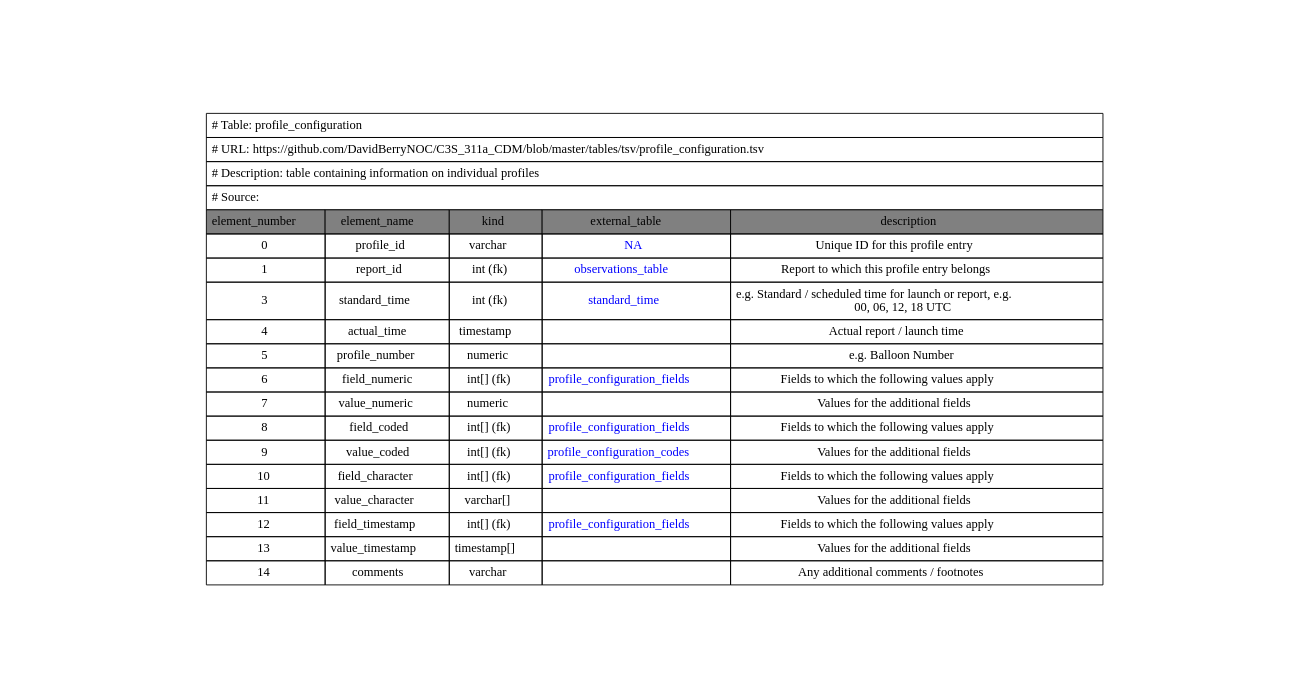
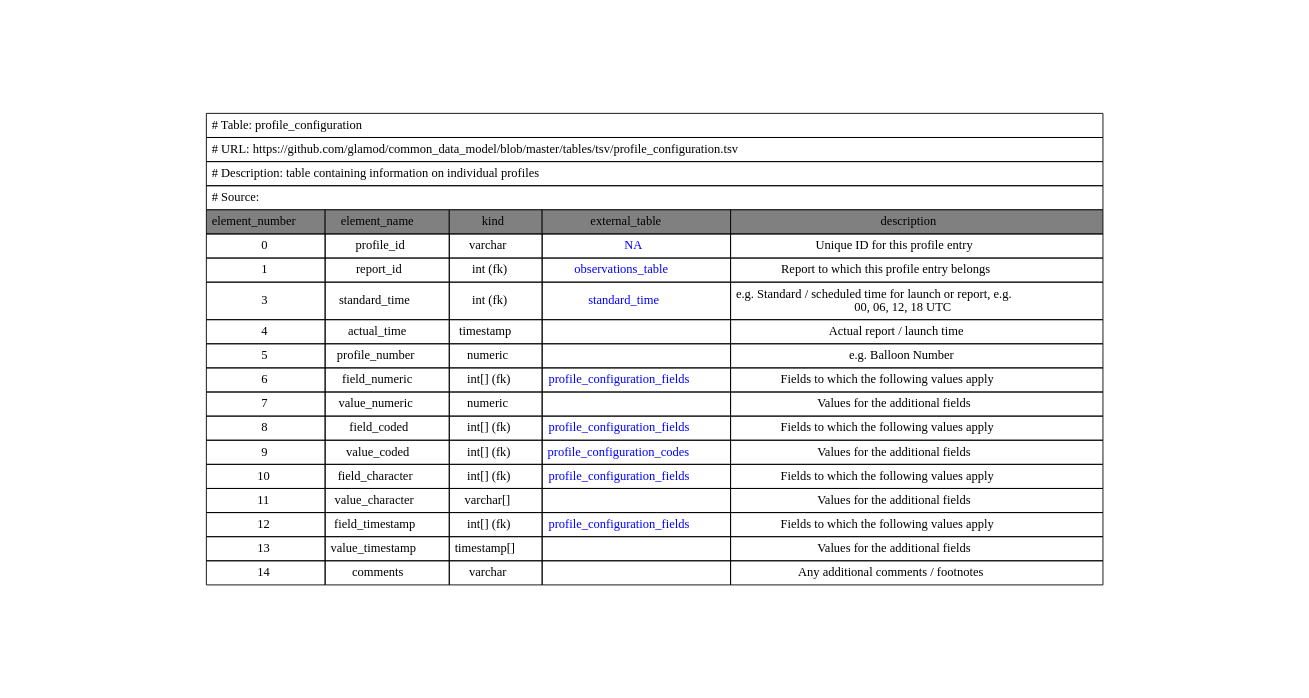
Before and after one commit to glamod/common_data_model: the diagram in graphviz/profile_configuration.gv, drawn with Graphviz. The commit also changed 11 other files, not shown here.

Commit message:
Paths updated to GLAMOD in cdm_short

```diff
--- a/graphviz/profile_configuration.gv
+++ b/graphviz/profile_configuration.gv
@@ -1,24 +1,24 @@
 digraph profile_configuration {
 node [color=white]
 profile_configuration [label=<<TABLE BORDER="0" CELLBORDER="1" CELLSPACING="0" CELLPADDING="5" COLOR="BLACK">
 <TR><TD COLSPAN="5" ALIGN="left" PORT="head"># Table: profile_configuration</TD></TR>
-<TR><TD COLSPAN="5" ALIGN="left"># URL: https://github.com/DavidBerryNOC/C3S_311a_CDM/blob/master/tables/tsv/profile_configuration.tsv</TD></TR>
+<TR><TD COLSPAN="5" ALIGN="left"># URL: https://github.com/glamod/common_data_model/blob/master/tables/tsv/profile_configuration.tsv</TD></TR>
 <TR><TD ALIGN="left" COLSPAN="5"># Description: table containing information on individual profiles</TD></TR>
 <TR><TD ALIGN="left" COLSPAN="5"># Source:</TD></TR>
 <TR><TD BGCOLOR="GRAY">element_number</TD><TD BGCOLOR="GRAY">element_name</TD><TD BGCOLOR="GRAY">kind</TD><TD BGCOLOR="GRAY">external_table</TD><TD BGCOLOR="GRAY">description</TD></TR>
-<TR><TD PORT="profile_idL">0</TD><TD>profile_id </TD><TD>varchar </TD><TD HREF="https://github.com/DavidBerryNOC/C3S_311a_CDM/blob/master/tables/tsv/NA.tsv"><FONT color="blue">NA </FONT></TD><TD PORT="profile_idR">Unique ID for this profile entry </TD></TR>
-<TR><TD PORT="report_idL">1</TD><TD>report_id </TD><TD>int (fk) </TD><TD HREF="https://github.com/DavidBerryNOC/C3S_311a_CDM/blob/master/tables/tsv/observations_table.tsv"><FONT color="blue">observations_table </FONT></TD><TD PORT="report_idR">Report to which this profile entry belongs </TD></TR>
-<TR><TD PORT="standard_timeL">3</TD><TD>standard_time </TD><TD>int (fk) </TD><TD HREF="https://github.com/DavidBerryNOC/C3S_311a_CDM/blob/master/tables/tsv/standard_time.tsv"><FONT color="blue">standard_time </FONT></TD><TD PORT="standard_timeR">e.g. Standard / scheduled time for launch or report, e.g. <BR/>00, 06, 12, 18 UTC </TD></TR>
+<TR><TD PORT="profile_idL">0</TD><TD>profile_id </TD><TD>varchar </TD><TD HREF="https://github.com/glamod/common_data_model/blob/master/tables/tsv/NA.tsv"><FONT color="blue">NA </FONT></TD><TD PORT="profile_idR">Unique ID for this profile entry </TD></TR>
+<TR><TD PORT="report_idL">1</TD><TD>report_id </TD><TD>int (fk) </TD><TD HREF="https://github.com/glamod/common_data_model/blob/master/tables/tsv/observations_table.tsv"><FONT color="blue">observations_table </FONT></TD><TD PORT="report_idR">Report to which this profile entry belongs </TD></TR>
+<TR><TD PORT="standard_timeL">3</TD><TD>standard_time </TD><TD>int (fk) </TD><TD HREF="https://github.com/glamod/common_data_model/blob/master/tables/tsv/standard_time.tsv"><FONT color="blue">standard_time </FONT></TD><TD PORT="standard_timeR">e.g. Standard / scheduled time for launch or report, e.g. <BR/>00, 06, 12, 18 UTC </TD></TR>
 <TR><TD PORT="actual_timeL">4</TD><TD>actual_time </TD><TD>timestamp </TD><TD></TD><TD PORT="actual_timeR">Actual report / launch time </TD></TR>
 <TR><TD PORT="profile_numberL">5</TD><TD>profile_number </TD><TD>numeric </TD><TD></TD><TD PORT="profile_numberR">e.g. Balloon Number </TD></TR>
-<TR><TD PORT="field_numericL">6</TD><TD>field_numeric </TD><TD>int[] (fk) </TD><TD HREF="https://github.com/DavidBerryNOC/C3S_311a_CDM/blob/master/tables/tsv/profile_configuration_fields.tsv"><FONT color="blue">profile_configuration_fields </FONT></TD><TD PORT="field_numericR">Fields to which the following values apply </TD></TR>
+<TR><TD PORT="field_numericL">6</TD><TD>field_numeric </TD><TD>int[] (fk) </TD><TD HREF="https://github.com/glamod/common_data_model/blob/master/tables/tsv/profile_configuration_fields.tsv"><FONT color="blue">profile_configuration_fields </FONT></TD><TD PORT="field_numericR">Fields to which the following values apply </TD></TR>
 <TR><TD PORT="value_numericL">7</TD><TD>value_numeric </TD><TD>numeric </TD><TD></TD><TD PORT="value_numericR">Values for the additional fields </TD></TR>
-<TR><TD PORT="field_codedL">8</TD><TD>field_coded </TD><TD>int[] (fk) </TD><TD HREF="https://github.com/DavidBerryNOC/C3S_311a_CDM/blob/master/tables/tsv/profile_configuration_fields.tsv"><FONT color="blue">profile_configuration_fields </FONT></TD><TD PORT="field_codedR">Fields to which the following values apply </TD></TR>
-<TR><TD PORT="value_codedL">9</TD><TD>value_coded </TD><TD>int[] (fk) </TD><TD HREF="https://github.com/DavidBerryNOC/C3S_311a_CDM/blob/master/tables/tsv/profile_configuration_codes.tsv"><FONT color="blue">profile_configuration_codes </FONT></TD><TD PORT="value_codedR">Values for the additional fields </TD></TR>
-<TR><TD PORT="field_characterL">10</TD><TD>field_character </TD><TD>int[] (fk) </TD><TD HREF="https://github.com/DavidBerryNOC/C3S_311a_CDM/blob/master/tables/tsv/profile_configuration_fields.tsv"><FONT color="blue">profile_configuration_fields </FONT></TD><TD PORT="field_characterR">Fields to which the following values apply </TD></TR>
+<TR><TD PORT="field_codedL">8</TD><TD>field_coded </TD><TD>int[] (fk) </TD><TD HREF="https://github.com/glamod/common_data_model/blob/master/tables/tsv/profile_configuration_fields.tsv"><FONT color="blue">profile_configuration_fields </FONT></TD><TD PORT="field_codedR">Fields to which the following values apply </TD></TR>
+<TR><TD PORT="value_codedL">9</TD><TD>value_coded </TD><TD>int[] (fk) </TD><TD HREF="https://github.com/glamod/common_data_model/blob/master/tables/tsv/profile_configuration_codes.tsv"><FONT color="blue">profile_configuration_codes </FONT></TD><TD PORT="value_codedR">Values for the additional fields </TD></TR>
+<TR><TD PORT="field_characterL">10</TD><TD>field_character </TD><TD>int[] (fk) </TD><TD HREF="https://github.com/glamod/common_data_model/blob/master/tables/tsv/profile_configuration_fields.tsv"><FONT color="blue">profile_configuration_fields </FONT></TD><TD PORT="field_characterR">Fields to which the following values apply </TD></TR>
 <TR><TD PORT="value_characterL">11</TD><TD>value_character </TD><TD>varchar[] </TD><TD></TD><TD PORT="value_characterR">Values for the additional fields </TD></TR>
-<TR><TD PORT="field_timestampL">12</TD><TD>field_timestamp </TD><TD>int[] (fk) </TD><TD HREF="https://github.com/DavidBerryNOC/C3S_311a_CDM/blob/master/tables/tsv/profile_configuration_fields.tsv"><FONT color="blue">profile_configuration_fields </FONT></TD><TD PORT="field_timestampR">Fields to which the following values apply </TD></TR>
+<TR><TD PORT="field_timestampL">12</TD><TD>field_timestamp </TD><TD>int[] (fk) </TD><TD HREF="https://github.com/glamod/common_data_model/blob/master/tables/tsv/profile_configuration_fields.tsv"><FONT color="blue">profile_configuration_fields </FONT></TD><TD PORT="field_timestampR">Fields to which the following values apply </TD></TR>
 <TR><TD PORT="value_timestampL">13</TD><TD>value_timestamp </TD><TD>timestamp[] </TD><TD></TD><TD PORT="value_timestampR">Values for the additional fields </TD></TR>
 <TR><TD PORT="commentsL">14</TD><TD>comments </TD><TD>varchar </TD><TD></TD><TD PORT="commentsR">Any additional comments / footnotes </TD></TR>
 </TABLE>>];
 }
```
